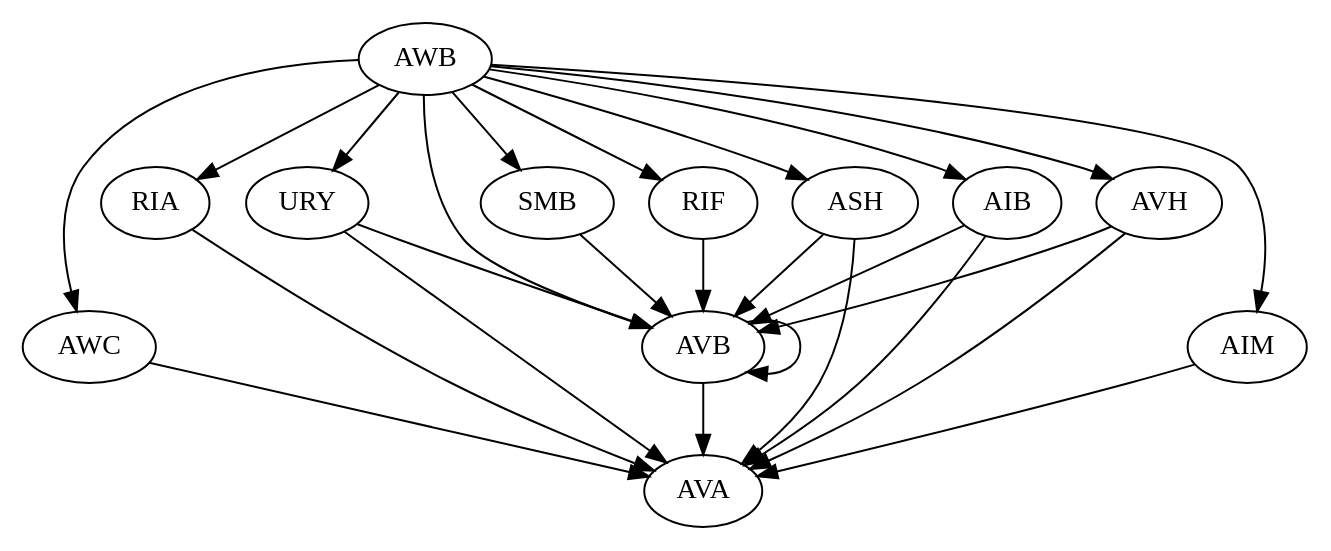
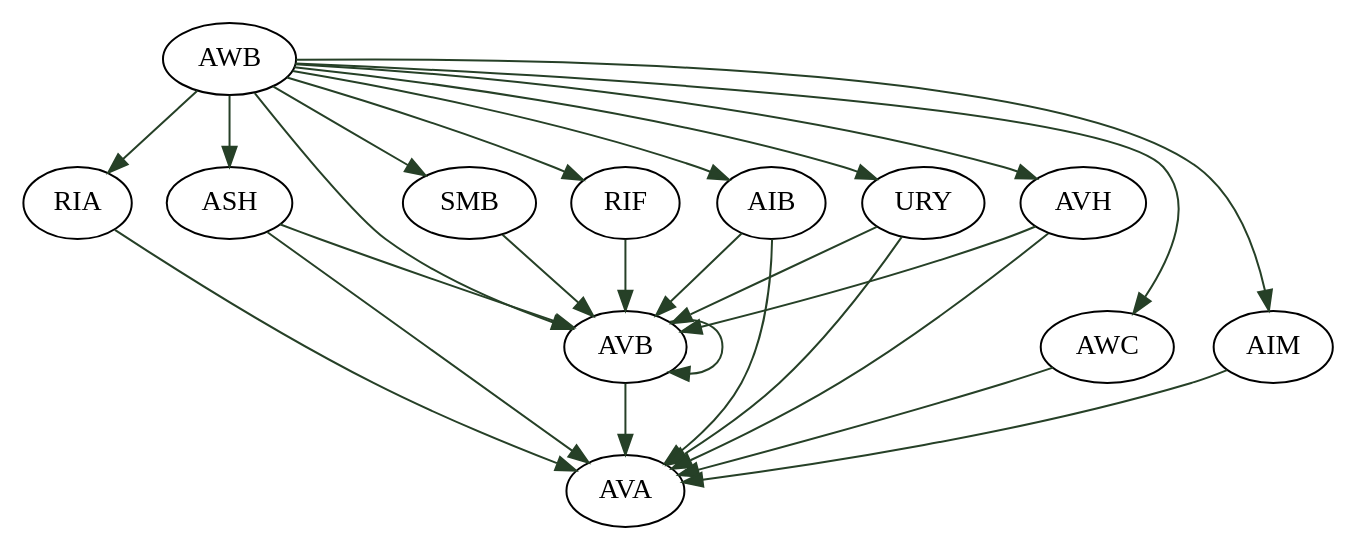
One commit to adrameshiu/Celegans-search changed the diagram in out_files/dot_files/main_class_graph_lenient.dot. Above: the diagram before and after it, drawn with Graphviz. The commit also changed 108 other files, not shown here.

```diff
--- a/out_files/dot_files/main_class_graph_lenient.dot
+++ b/out_files/dot_files/main_class_graph_lenient.dot
@@ -1,64 +1,139 @@
 digraph "" {
 	AWB	[layer=0];
-	AWC	[layer=0];
-	AWB -> AWC	[key=0,
-		weight=1];
+	SMB	[layer=0];
+	AWB -> SMB	[key=0,
+		color="#264027",
+		edge_type=chemical,
+		graph_type=class_graph,
+		weight=3];
 	RIA	[layer=0];
 	AWB -> RIA	[key=0,
+		color="#264027",
+		edge_type=chemical,
+		graph_type=class_graph,
 		weight=13];
-	SMB	[layer=0];
-	AWB -> SMB	[key=0,
-		weight=3];
-	URY	[layer=0];
-	AWB -> URY	[key=0,
+	RIF	[layer=0];
+	AWB -> RIF	[key=0,
+		color="#264027",
+		edge_type=chemical,
+		graph_type=class_graph,
 		weight=1];
 	AVB	[layer=1];
 	AWB -> AVB	[key=0,
+		color="#264027",
+		edge_type=chemical,
+		graph_type=class_graph,
 		weight=4];
-	AIM	[layer=0];
-	AWB -> AIM	[key=0,
-		weight=1];
 	ASH	[layer=0];
 	AWB -> ASH	[key=0,
+		color="#264027",
+		edge_type=chemical,
+		graph_type=class_graph,
 		weight=4];
 	AIB	[layer=0];
 	AWB -> AIB	[key=0,
+		color="#264027",
+		edge_type=chemical,
+		graph_type=class_graph,
+		weight=1];
+	AWC	[layer=0];
+	AWB -> AWC	[key=0,
+		color="#264027",
+		edge_type=chemical,
+		graph_type=class_graph,
+		weight=1];
+	URY	[layer=0];
+	AWB -> URY	[key=0,
+		color="#264027",
+		edge_type=chemical,
+		graph_type=class_graph,
+		weight=1];
+	AIM	[layer=0];
+	AWB -> AIM	[key=0,
+		color="#264027",
+		edge_type=chemical,
+		graph_type=class_graph,
 		weight=1];
 	AVH	[layer=0];
 	AWB -> AVH	[key=0,
+		color="#264027",
+		edge_type=chemical,
+		graph_type=class_graph,
 		weight=2];
-	RIF	[layer=0];
-	AWB -> RIF	[key=0,
+	SMB -> AVB	[key=0,
+		color="#264027",
+		edge_type=chemical,
+		graph_type=class_graph,
 		weight=1];
 	AVA	[layer=1];
+	RIA -> AVA	[key=0,
+		color="#264027",
+		edge_type=chemical,
+		graph_type=class_graph,
+		weight=4];
+	RIF -> AVB	[key=0,
+		color="#264027",
+		edge_type=chemical,
+		graph_type=class_graph,
+		weight=36];
+	AVB -> AVB	[key=0,
+		color="#264027",
+		edge_type=chemical,
+		graph_type=class_graph,
+		weight=8];
+	AVB -> AVA	[key=0,
+		color="#264027",
+		edge_type=chemical,
+		graph_type=class_graph,
+		weight=47];
+	ASH -> AVB	[key=0,
+		color="#264027",
+		edge_type=chemical,
+		graph_type=class_graph,
+		weight=20];
+	ASH -> AVA	[key=0,
+		color="#264027",
+		edge_type=chemical,
+		graph_type=class_graph,
+		weight=26];
+	AIB -> AVB	[key=0,
+		color="#264027",
+		edge_type=chemical,
+		graph_type=class_graph,
+		weight=13];
+	AIB -> AVA	[key=0,
+		color="#264027",
+		edge_type=chemical,
+		graph_type=class_graph,
+		weight=2];
 	AWC -> AVA	[key=0,
-		weight=1];
-	RIA -> AVA	[key=0,
-		weight=4];
-	SMB -> AVB	[key=0,
+		color="#264027",
+		edge_type=chemical,
+		graph_type=class_graph,
 		weight=1];
 	URY -> AVB	[key=0,
+		color="#264027",
+		edge_type=chemical,
+		graph_type=class_graph,
 		weight=5];
 	URY -> AVA	[key=0,
+		color="#264027",
+		edge_type=chemical,
+		graph_type=class_graph,
 		weight=2];
-	AVB -> AVB	[key=0,
-		weight=8];
-	AVB -> AVA	[key=0,
-		weight=47];
 	AIM -> AVA	[key=0,
+		color="#264027",
+		edge_type=chemical,
+		graph_type=class_graph,
 		weight=1];
-	ASH -> AVB	[key=0,
-		weight=20];
-	ASH -> AVA	[key=0,
-		weight=26];
-	AIB -> AVB	[key=0,
-		weight=13];
-	AIB -> AVA	[key=0,
-		weight=2];
 	AVH -> AVB	[key=0,
+		color="#264027",
+		edge_type=chemical,
+		graph_type=class_graph,
 		weight=4];
 	AVH -> AVA	[key=0,
+		color="#264027",
+		edge_type=chemical,
+		graph_type=class_graph,
 		weight=1];
-	RIF -> AVB	[key=0,
-		weight=36];
 }
```
